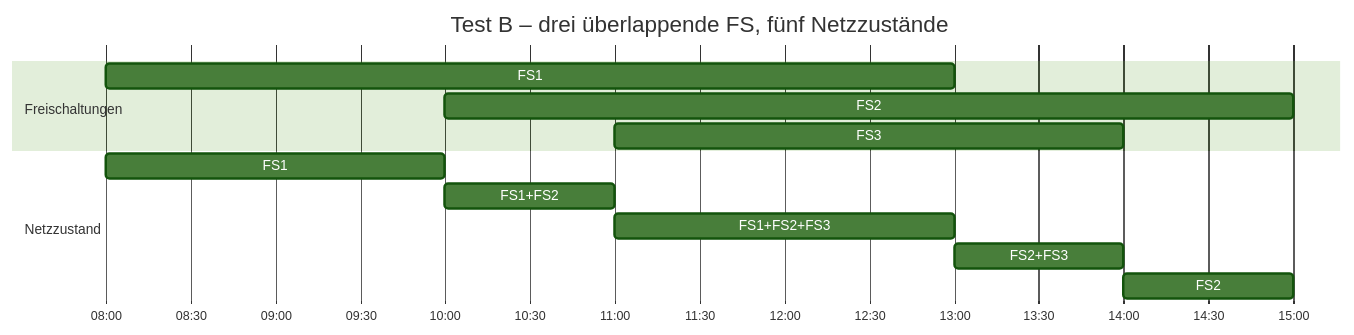
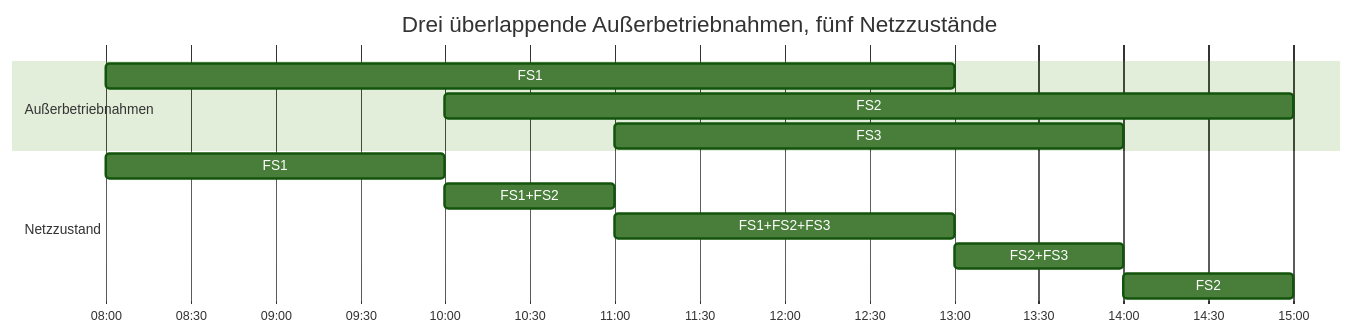
Before and after one commit to hadiibrahim-Engin/GridLensAssessment: the third of 5 diagrams in docs/de/ARCHITEKTUR.md, drawn with Mermaid (forest theme). The commit also changed other lines of this file and 13 other files, not shown here.

````diff
--- a/docs/de/ARCHITEKTUR.md
+++ b/docs/de/ARCHITEKTUR.md
@@ -313,16 +326,16 @@
 ```mermaid
 gantt
-    title Test B – drei überlappende FS, fünf Netzzustände
+    title Drei überlappende Außerbetriebnahmen, fünf Netzzustände
     dateFormat HH:mm
     axisFormat %H:%M
-    section Freischaltungen
+    section Außerbetriebnahmen
     FS1 :a1, 08:00, 13:00
     FS2 :a2, 10:00, 15:00
     FS3 :a3, 11:00, 14:00
     section Netzzustand
     FS1           :s1, 08:00, 10:00
     FS1+FS2       :s2, 10:00, 11:00
     FS1+FS2+FS3   :s3, 11:00, 13:00
     FS2+FS3       :s4, 13:00, 14:00
     FS2           :s5, 14:00, 15:00
 ```
````
